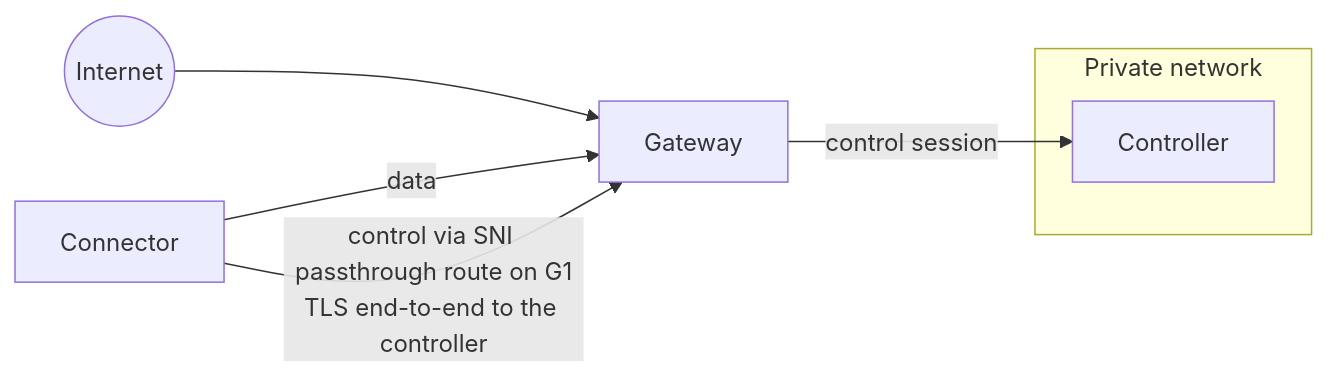
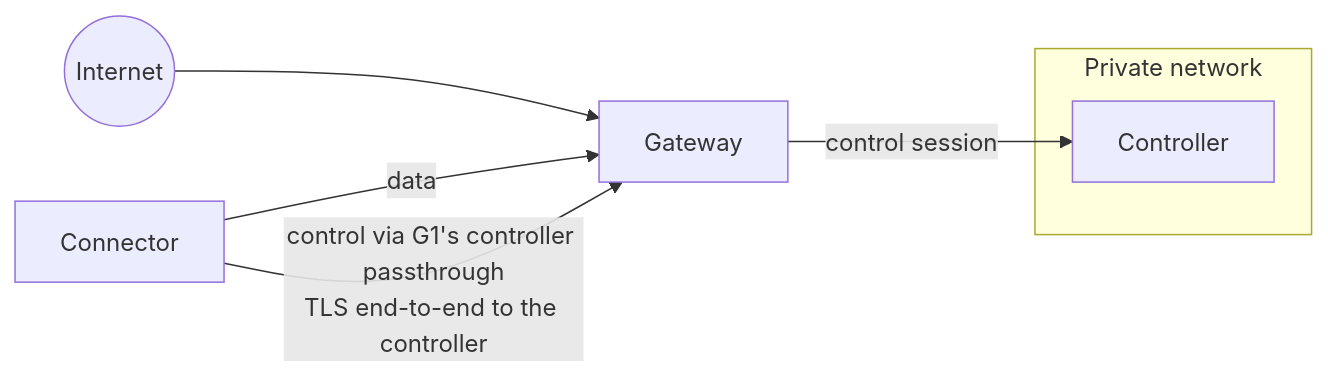
Before and after one commit to felix-homelab/rpmgr: the sixth of 9 diagrams in docs/02-architecture.md, drawn with Mermaid. The commit also changed other lines of this file and 10 other files, not shown here.

````diff
--- a/docs/02-architecture.md
+++ b/docs/02-architecture.md
@@ -215,10 +215,10 @@
 ```mermaid
 flowchart LR
   I((Internet)) --> G1[Gateway]
   subgraph Private network
     CTL[Controller]
   end
   G1 -->|control session| CTL
   C[Connector] -->|data| G1
-  C -->|control via SNI passthrough route on G1<br/>TLS end-to-end to the controller| G1
+  C -->|control via G1's controller passthrough<br/>TLS end-to-end to the controller| G1
 ```
````
